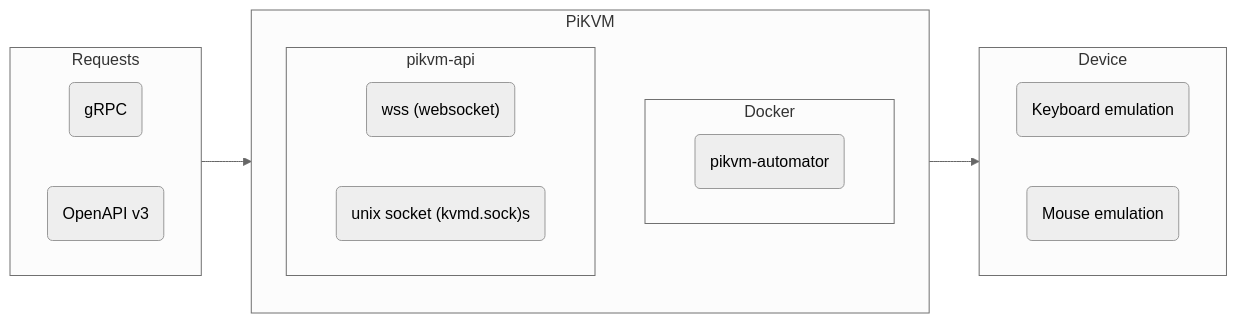
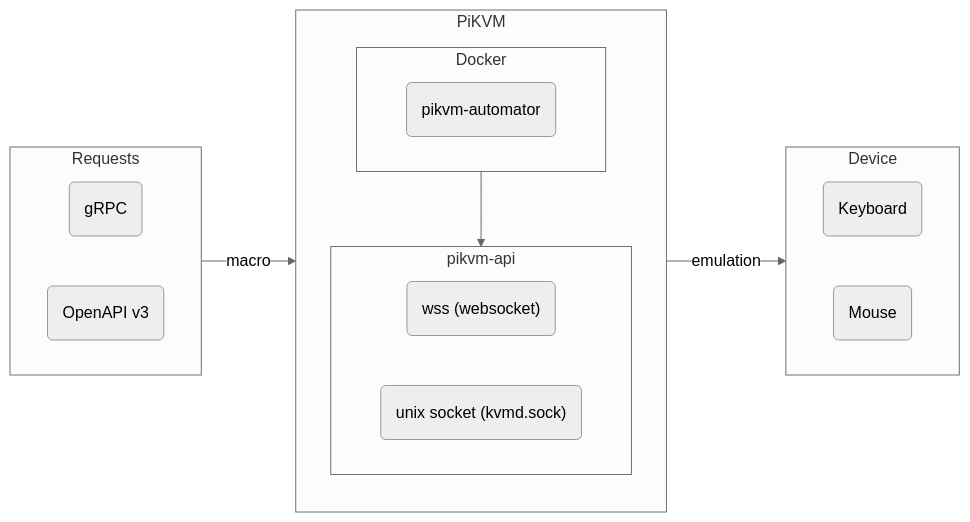
Before and after one commit to sealbro/pikvm-automator: the diagram in README.md, drawn with Mermaid (neutral theme). The commit also changed other lines of this file and 9 other files, not shown here.

````diff
--- a/README.md
+++ b/README.md
@@ -7,25 +8,25 @@
 ```mermaid
 flowchart LR
   subgraph Requests
     direction RL
     grpc("`gRPC`")
     openapi("`OpenAPI v3`")
   end
   subgraph PiKVM
     direction TB
+        subgraph pikvm-api
+        direction RL
+        api1("`wss (websocket)`")
+        api2("`unix socket (kvmd.sock)`")
+    end
     subgraph Docker
         pikvm-automator("`pikvm-automator`")
-    end
-    subgraph pikvm-api
-        direction RL
-        api1("`wss (websocket)`")
-        api2("`unix socket (kvmd.sock)s`")
     end
   end
   subgraph Device
     direction RL
-    sub1("`Keyboard emulation`")
-    sub2("`Mouse emulation`")
+    sub1("`Keyboard`")
+    sub2("`Mouse`")
   end
-  Requests --> PiKVM  --> Device
+  Requests -- macro --> Docker --> pikvm-api -- emulation --> Device
 ```
````
